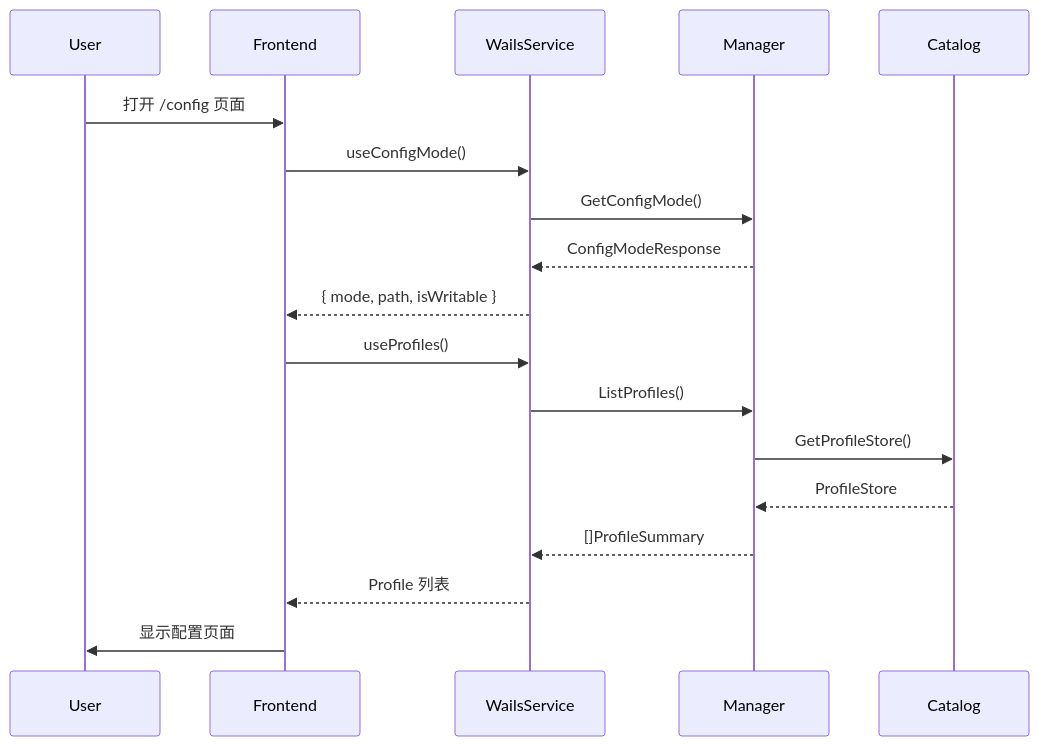
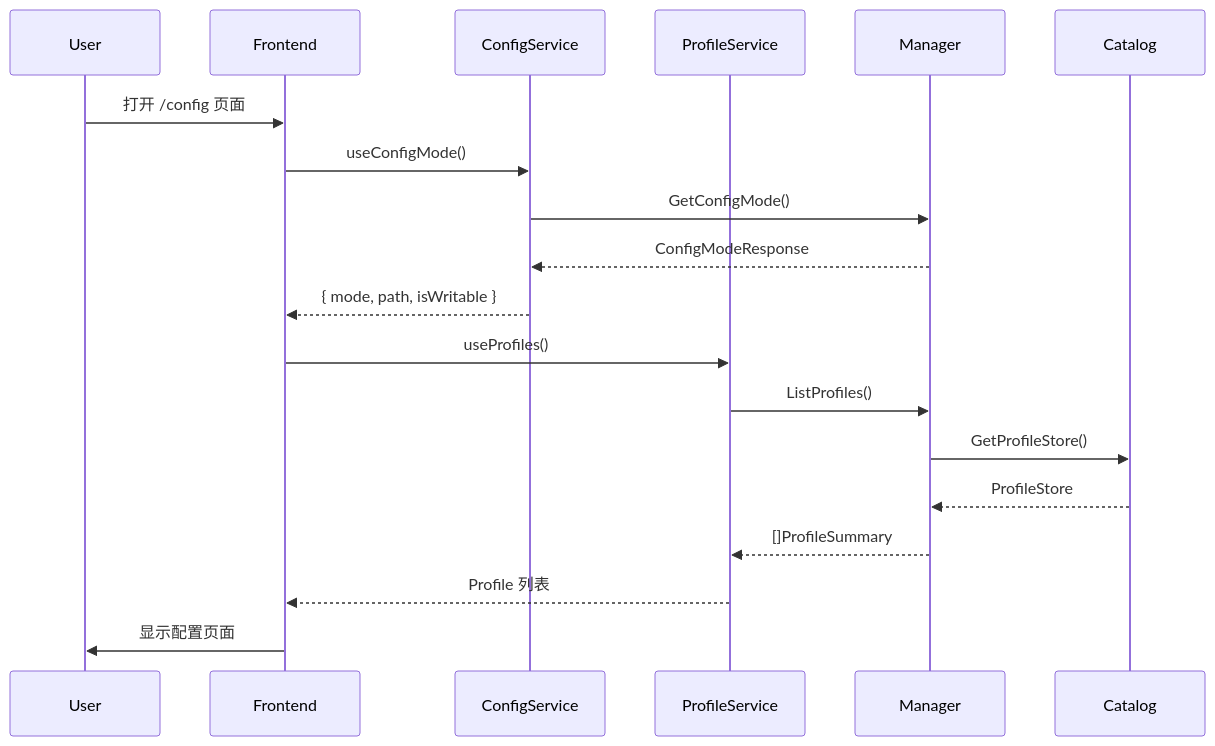
The first of 4 diagrams in docs/CONFIG_VISUALIZATION_DESIGN.md (wibus-wee/mcpv), drawn with Mermaid before and after one commit. The commit also changed other lines of this file and 56 other files, not shown here.

````diff
--- a/docs/CONFIG_VISUALIZATION_DESIGN.md
+++ b/docs/CONFIG_VISUALIZATION_DESIGN.md
@@ -517,23 +518,24 @@
 ```mermaid
 sequenceDiagram
     participant User
     participant Frontend
-    participant WailsService
+    participant ConfigService
+    participant ProfileService
     participant Manager
     participant Catalog
 
     User->>Frontend: 打开 /config 页面
-    Frontend->>WailsService: useConfigMode()
-    WailsService->>Manager: GetConfigMode()
-    Manager-->>WailsService: ConfigModeResponse
-    WailsService-->>Frontend: { mode, path, isWritable }
+    Frontend->>ConfigService: useConfigMode()
+    ConfigService->>Manager: GetConfigMode()
+    Manager-->>ConfigService: ConfigModeResponse
+    ConfigService-->>Frontend: { mode, path, isWritable }
 
-    Frontend->>WailsService: useProfiles()
-    WailsService->>Manager: ListProfiles()
+    Frontend->>ProfileService: useProfiles()
+    ProfileService->>Manager: ListProfiles()
     Manager->>Catalog: GetProfileStore()
     Catalog-->>Manager: ProfileStore
-    Manager-->>WailsService: []ProfileSummary
-    WailsService-->>Frontend: Profile 列表
+    Manager-->>ProfileService: []ProfileSummary
+    ProfileService-->>Frontend: Profile 列表
 
     Frontend->>User: 显示配置页面
 ```
````
